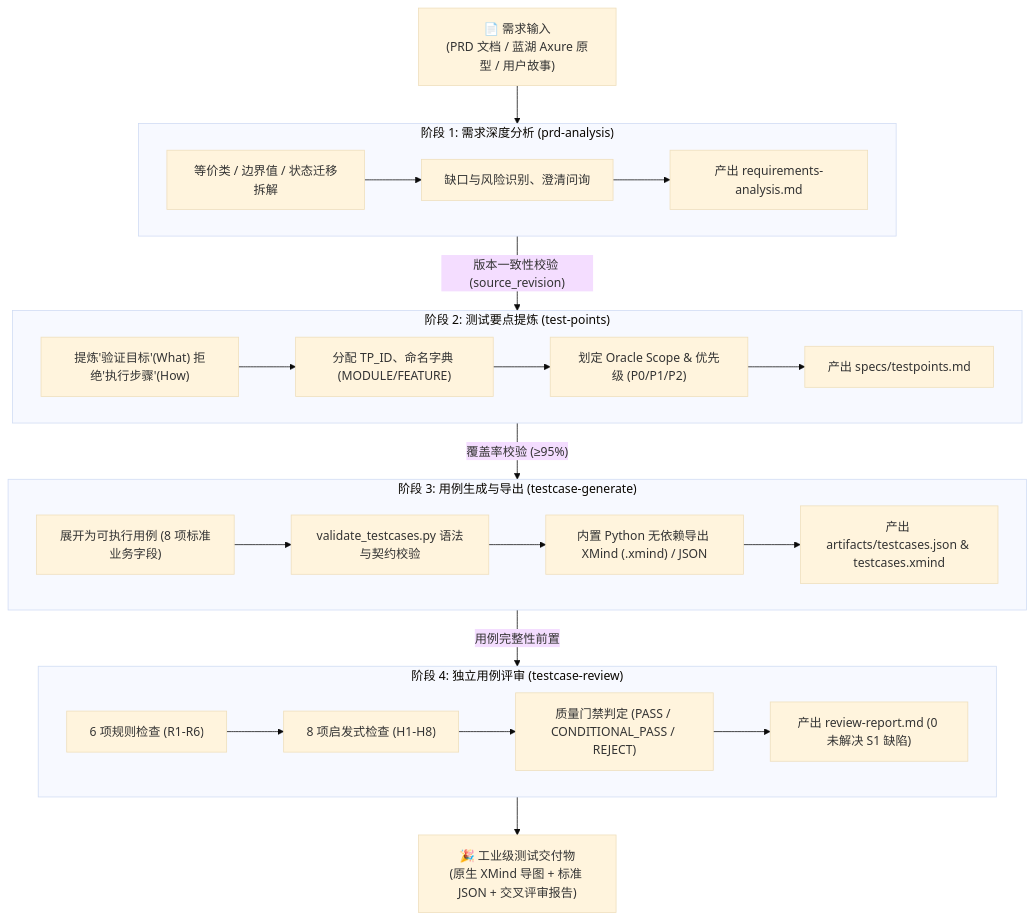
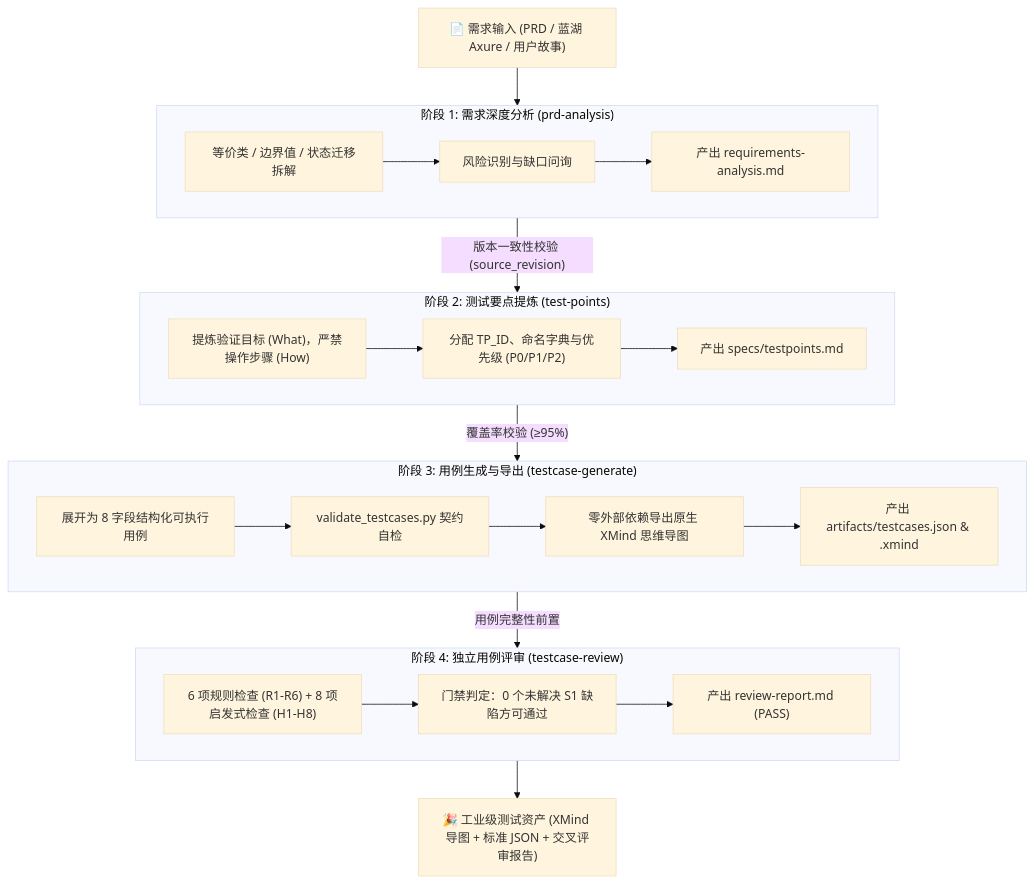
The diagram in README.md (sx-mogule/TestSpec), drawn with Mermaid (base theme) before and after one commit. The commit also changed other lines of this file and 28 other files, not shown here.

````diff
--- a/README.md
+++ b/README.md
@@ -32,43 +26,37 @@
 ```mermaid
 flowchart TD
-    PRD["📄 需求输入<br/>(PRD 文档 / 蓝湖 Axure 原型 / 用户故事)"] --> S1
+    PRD["📄 需求输入 (PRD / 蓝湖 Axure / 用户故事)"] --> S1
     
     subgraph S1 ["阶段 1: 需求深度分析 (prd-analysis)"]
         A1["等价类 / 边界值 / 状态迁移拆解"]
-        A2["缺口与风险识别、澄清问询"]
-        A3["产出 requirements-analysis.md"]
-        A1 --> A2 --> A3
+        A2["风险识别与缺口问询"]
+        A1 --> A2 --> R1["产出 requirements-analysis.md"]
     end
 
     S1 -->|"版本一致性校验 (source_revision)"| S2
 
     subgraph S2 ["阶段 2: 测试要点提炼 (test-points)"]
-        B1["提炼'验证目标'(What) 拒绝'执行步骤'(How)"]
-        B2["分配 TP_ID、命名字典 (MODULE/FEATURE)"]
-        B3["划定 Oracle Scope & 优先级 (P0/P1/P2)"]
-        B4["产出 specs/testpoints.md"]
-        B1 --> B2 --> B3 --> B4
+        B1["提炼验证目标 (What)，严禁操作步骤 (How)"]
+        B2["分配 TP_ID、命名字典与优先级 (P0/P1/P2)"]
+        B1 --> B2 --> R2["产出 specs/testpoints.md"]
     end
 
     S2 -->|"覆盖率校验 (≥95%)"| S3
 
     subgraph S3 ["阶段 3: 用例生成与导出 (testcase-generate)"]
-        C1["展开为可执行用例 (8 项标准业务字段)"]
-        C2["validate_testcases.py 语法与契约校验"]
-        C3["内置 Python 无依赖导出 XMind (.xmind) / JSON"]
-        C4["产出 artifacts/testcases.json & testcases.xmind"]
-        C1 --> C2 --> C3 --> C4
+        C1["展开为 8 字段结构化可执行用例"]
+        C2["validate_testcases.py 契约自检"]
+        C3["零外部依赖导出原生 XMind 思维导图"]
+        C1 --> C2 --> C3 --> R3["产出 artifacts/testcases.json & .xmind"]
     end
 
     S3 -->|"用例完整性前置"| S4
 
     subgraph S4 ["阶段 4: 独立用例评审 (testcase-review)"]
-        D1["6 项规则检查 (R1-R6)"]
-        D2["8 项启发式检查 (H1-H8)"]
-        D3["质量门禁判定 (PASS / CONDITIONAL_PASS / REJECT)"]
-        D4["产出 review-report.md (0 未解决 S1 缺陷)"]
-        D1 --> D2 --> D3 --> D4
+        D1["6 项规则检查 (R1-R6) + 8 项启发式检查 (H1-H8)"]
+        D2["门禁判定：0 个未解决 S1 缺陷方可通过"]
+        D1 --> D2 --> R4["产出 review-report.md (PASS)"]
     end
 
-    S4 --> Final["🎉 工业级测试交付物<br/>(原生 XMind 导图 + 标准 JSON + 交叉评审报告)"]
+    S4 --> Final["🎉 工业级测试资产 (XMind 导图 + 标准 JSON + 交叉评审报告)"]
 ```
````
